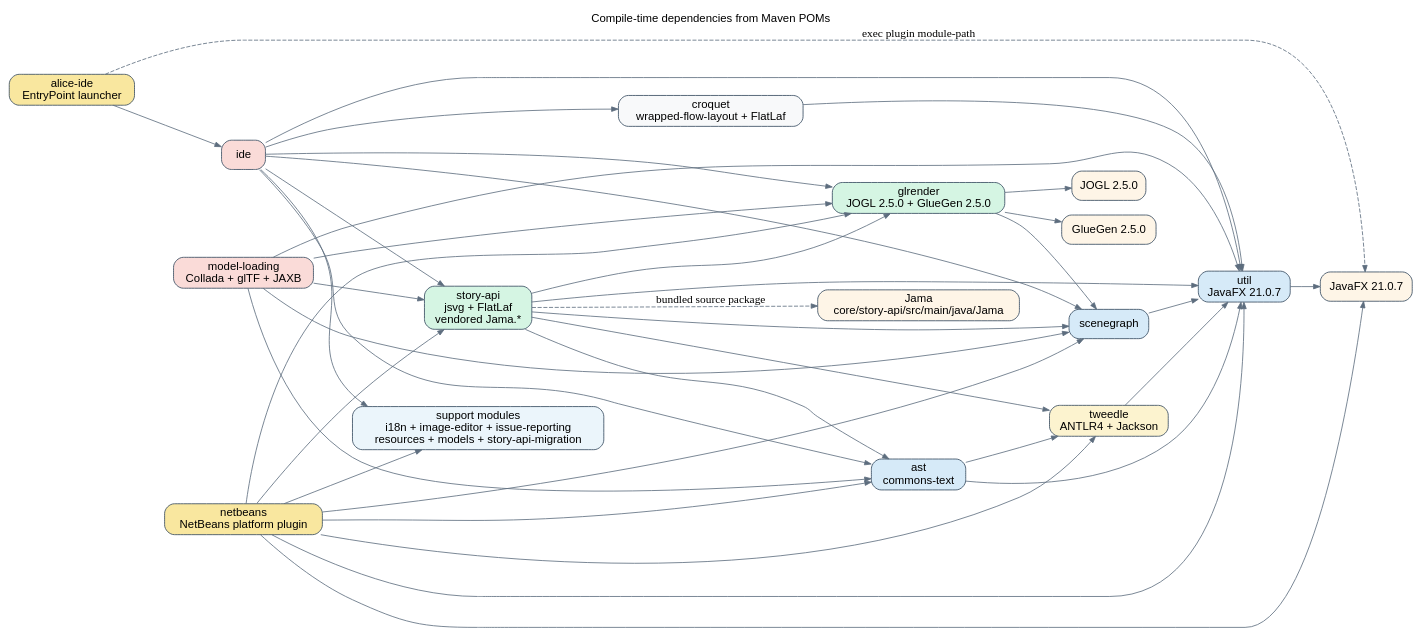
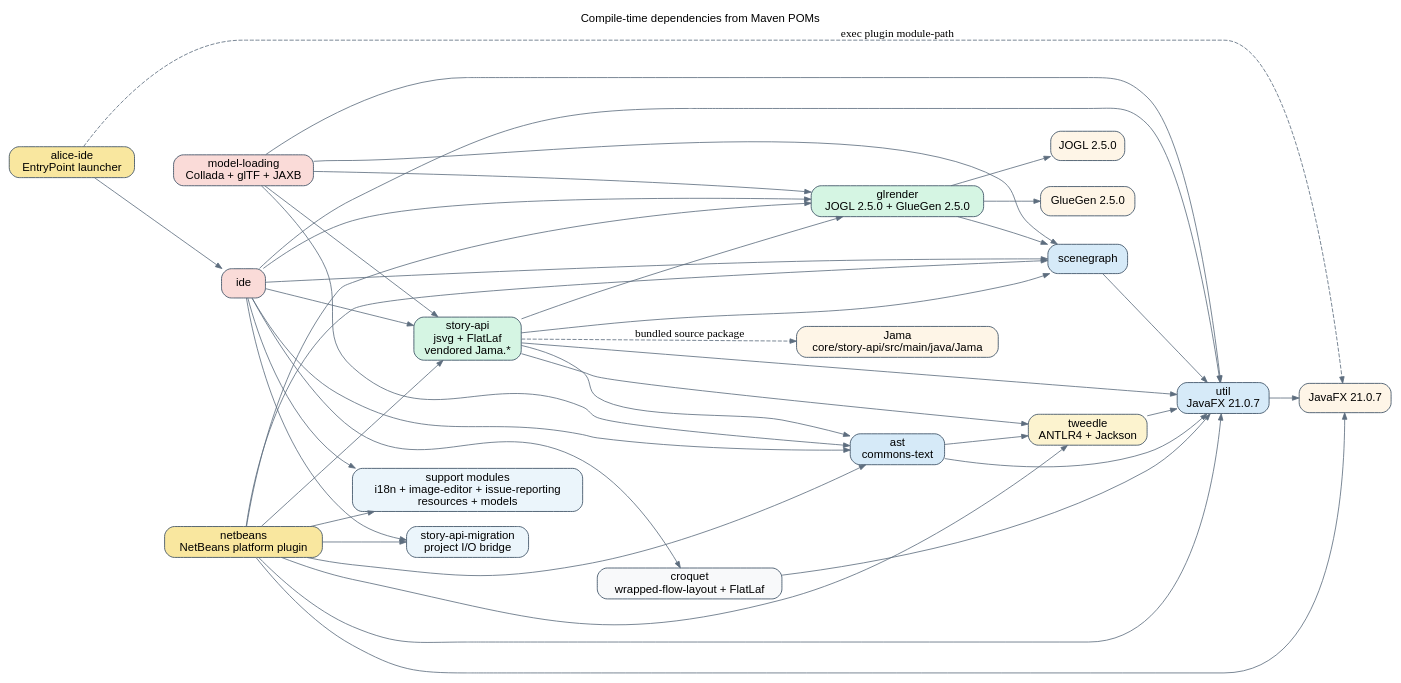
One commit to asw101/RabbitHole changed the second of 2 diagrams in docs/atlas/compile-deps/README.md. Above: the diagram before and after it, drawn with Graphviz. The commit also changed other lines of this file and 11 other files, not shown here.

First line of the commit message:
fix: correct atlas documentation for data-flow, compile-deps, api-contracts, and user-journeys

````diff
--- a/docs/atlas/compile-deps/README.md
+++ b/docs/atlas/compile-deps/README.md
@@ -73,78 +77,82 @@
 ```dot
 digraph compile_deps {
   rankdir=LR;
   graph [fontname="Helvetica", labelloc=t, label="Compile-time dependencies from Maven POMs"];
   node [shape=box, style="rounded,filled", fillcolor="#F8F9FA", color="#34495E", fontname="Helvetica"];
   edge [color="#5D6D7E", arrowsize=0.8];
 
   util [label="util
 JavaFX 21.0.7", fillcolor="#D6EAF8"];
   tweedle [label="tweedle
 ANTLR4 + Jackson", fillcolor="#FCF3CF"];
   ast [label="ast
 commons-text", fillcolor="#D6EAF8"];
   scenegraph [label="scenegraph", fillcolor="#D6EAF8"];
   glrender [label="glrender
 JOGL 2.5.0 + GlueGen 2.5.0", fillcolor="#D5F5E3"];
   storyapi [label="story-api
 jsvg + FlatLaf
 vendored Jama.*", fillcolor="#D5F5E3"];
   croquet [label="croquet
 wrapped-flow-layout + FlatLaf"];
   support [label="support modules
 i18n + image-editor + issue-reporting
-resources + models + story-api-migration", fillcolor="#EBF5FB"];
+resources + models", fillcolor="#EBF5FB"];
+  migration [label="story-api-migration
+project I/O bridge", fillcolor="#EBF5FB"];
   ide [label="ide", fillcolor="#FADBD8"];
   modelloading [label="model-loading
 Collada + glTF + JAXB", fillcolor="#FADBD8"];
   aliceide [label="alice-ide
 EntryPoint launcher", fillcolor="#F9E79F"];
   netbeans [label="netbeans
 NetBeans platform plugin", fillcolor="#F9E79F"];
 
   jogl [label="JOGL 2.5.0", fillcolor="#FEF5E7"];
   gluegen [label="GlueGen 2.5.0", fillcolor="#FEF5E7"];
   javafx [label="JavaFX 21.0.7", fillcolor="#FEF5E7"];
   jama [label="Jama
 core/story-api/src/main/java/Jama", fillcolor="#FEF5E7"];
 
   tweedle -> util;
   ast -> util;
   ast -> tweedle;
   scenegraph -> util;
   glrender -> scenegraph;
   storyapi -> util;
   storyapi -> scenegraph;
   storyapi -> glrender;
   storyapi -> tweedle;
   storyapi -> ast;
   croquet -> util;
   ide -> support;
+  ide -> migration;
   ide -> util;
   ide -> ast;
   ide -> croquet;
   ide -> scenegraph;
   ide -> glrender;
   ide -> storyapi;
   modelloading -> util;
   modelloading -> ast;
   modelloading -> scenegraph;
   modelloading -> glrender;
   modelloading -> storyapi;
   aliceide -> ide;
   netbeans -> support;
+  netbeans -> migration;
   netbeans -> util;
   netbeans -> ast;
   netbeans -> scenegraph;
   netbeans -> glrender;
   netbeans -> storyapi;
   netbeans -> tweedle;
 
   glrender -> jogl;
   glrender -> gluegen;
   util -> javafx;
   netbeans -> javafx;
   aliceide -> javafx [style=dashed, label="exec plugin module-path"];
   storyapi -> jama [style=dashed, label="bundled source package"];
 }
 ```
````
